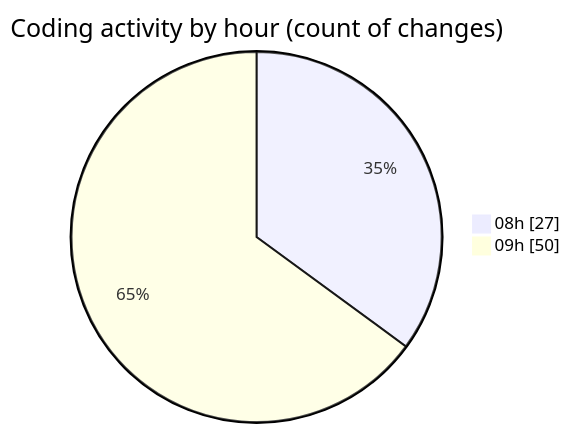
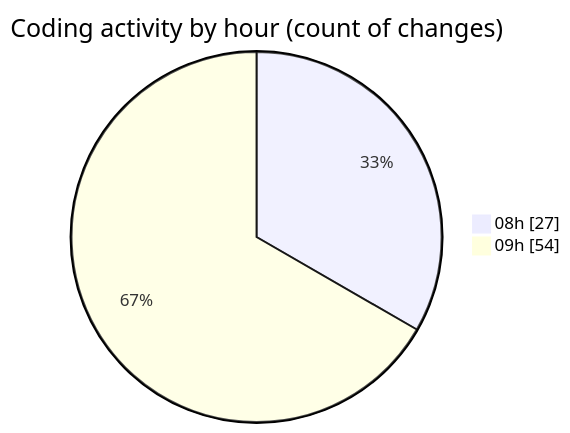
One commit to ernivani/code-tracking changed the second of 2 diagrams in 2025-01-03/nextjs-webllm/README.md. Above: the diagram before and after it, drawn with Mermaid. The commit also changed other lines of this file and 5 other files, not shown here.

````diff
--- a/2025-01-03/nextjs-webllm/README.md
+++ b/2025-01-03/nextjs-webllm/README.md
@@ -56,6 +56,6 @@
 ```mermaid
 pie showData
 title Coding activity by hour (count of changes)
 "08h" : 27
-"09h" : 50
+"09h" : 54
 ```
````
